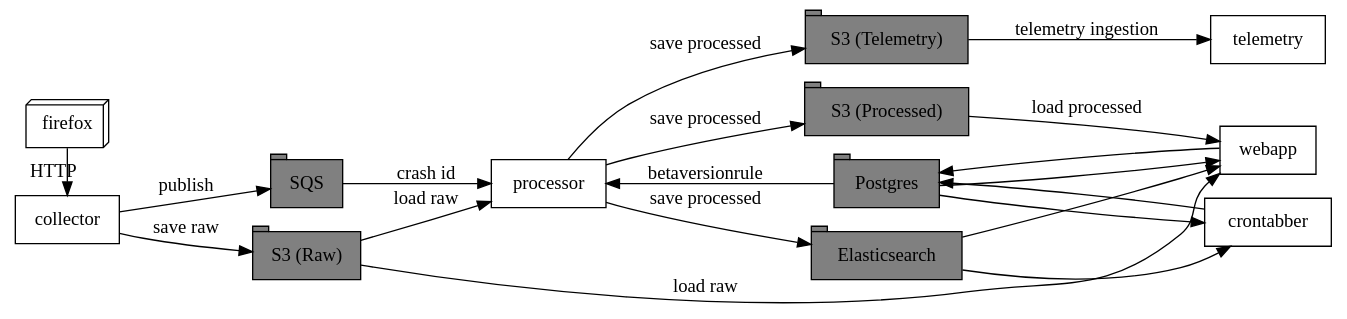
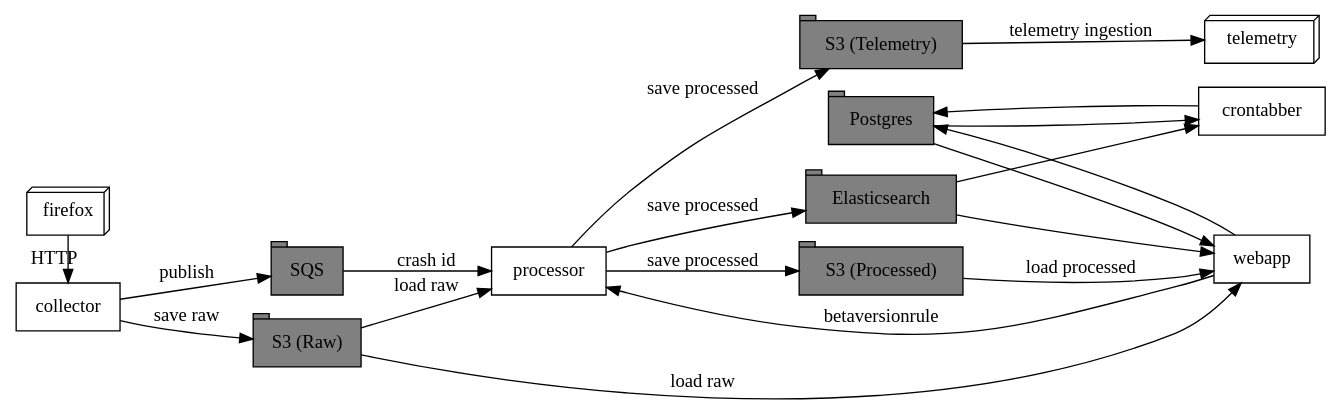
One commit to mozilla-services/socorro changed the diagram in docs/overview.rst. Above: the diagram before and after it, drawn with Graphviz. The commit also changed other lines of this file and 2 other files, not shown here.

```diff
--- a/docs/overview.rst
+++ b/docs/overview.rst
@@ -15,63 +16,63 @@
 .. graphviz::
 
    digraph G {
       rankdir=LR;
       splines=lines;
 
       subgraph coll {
          rank=same;
 
          client [shape=box3d, label="firefox"];
          collector [shape=rect, label="collector"];
       }
 
       subgraph stores {
          rank=same;
 
          s3raw [shape=tab, label="S3 (Raw)", style=filled, fillcolor=gray];
          sqs [shape=tab, label="SQS", style=filled, fillcolor=gray];
       }
 
       processor [shape=rect, label="processor"];
 
       subgraph stores2 {
          rank=same;
 
          postgres [shape=tab, label="Postgres", style=filled, fillcolor=gray];
          elasticsearch [shape=tab, label="Elasticsearch", style=filled, fillcolor=gray];
          s3telemetry [shape=tab, label="S3 (Telemetry)", style=filled, fillcolor=gray];
          s3processed [shape=tab, label="S3 (Processed)", style=filled, fillcolor=gray];
       }
 
       subgraph processing {
          rank=same;
 
          crontabber [shape=rect, label="crontabber"];
          webapp [shape=rect, label="webapp"];
-         telemetry [shape=rect, label="telemetry"];
+         telemetry [shape=box3d, label="telemetry"];
       }
 
 
       client -> collector [label="HTTP"];
       collector -> s3raw [label="save raw"];
       collector -> sqs [label="publish"];
 
       sqs -> processor [label="crash id"];
       s3raw -> processor [label="load raw"];
-      postgres -> processor [label="betaversionrule"];
+      webapp -> processor [label="betaversionrule"];
       processor -> { s3processed, elasticsearch, s3telemetry } [label="save processed"];
 
       postgres -> webapp;
       webapp -> postgres;
       s3raw -> webapp [label="load raw"];
       s3processed -> webapp [label="load processed"];
       elasticsearch -> webapp;
 
       postgres -> crontabber;
       crontabber -> postgres;
       elasticsearch -> crontabber;
 
       s3telemetry -> telemetry [label="telemetry ingestion"];
 
       { rank=min; client; }
    }
```
